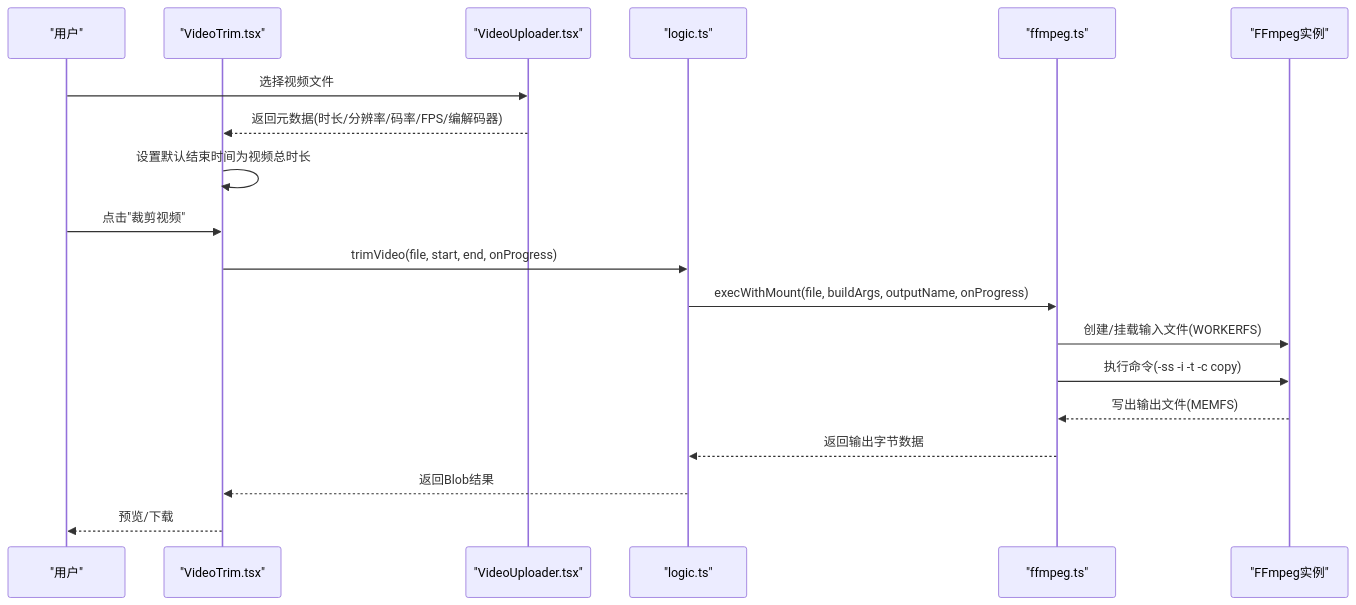
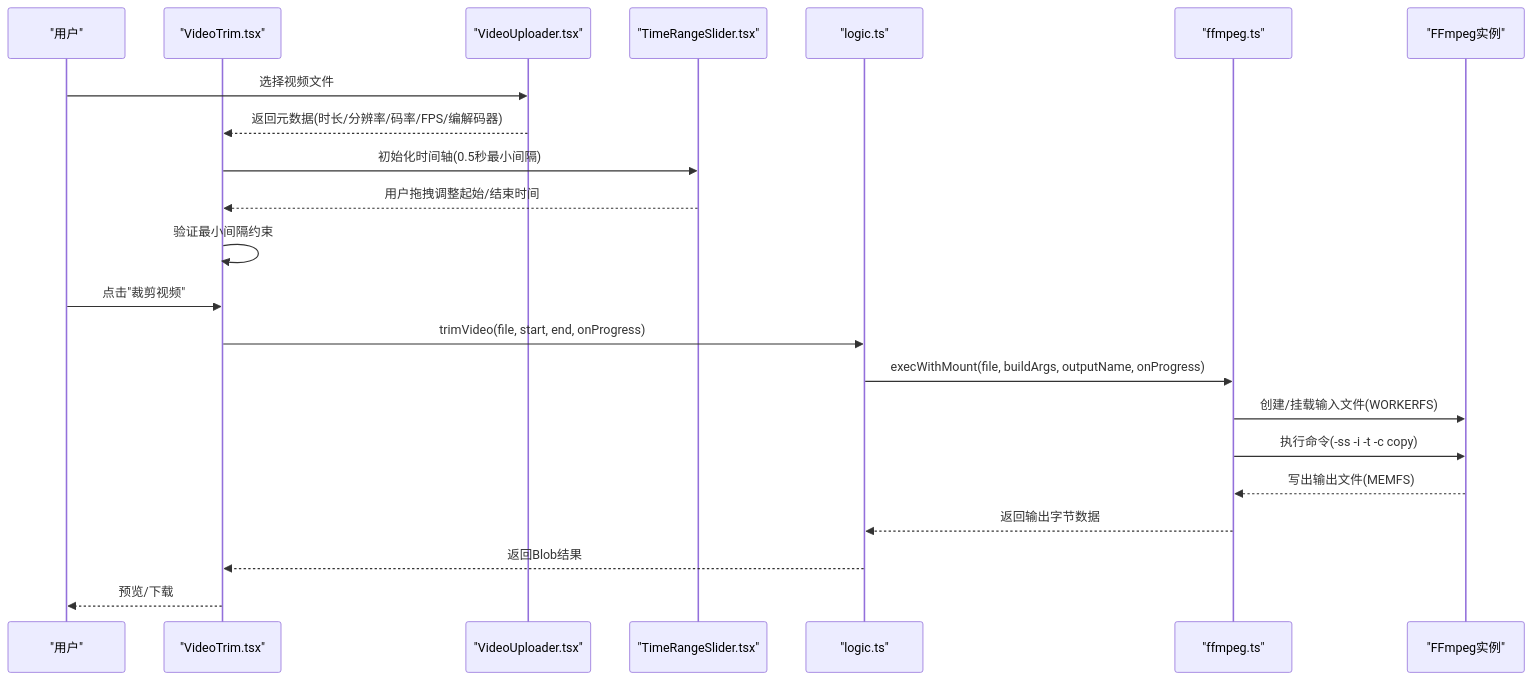
One commit to sgyy/privadeck changed the second of 6 diagrams in .qoder/repowiki/zh/content/视频工具/视频修剪工具.md. Above: the diagram before and after it, drawn with Mermaid. The commit also changed other lines of this file and 23 other files, not shown here.

````diff
--- a/.qoder/repowiki/zh/content/视频工具/视频修剪工具.md
+++ b/.qoder/repowiki/zh/content/视频工具/视频修剪工具.md
@@ -102,21 +108,24 @@
 ```mermaid
 sequenceDiagram
 participant U as "用户"
 participant UI as "VideoTrim.tsx"
 participant VU as "VideoUploader.tsx"
+participant TR as "TimeRangeSlider.tsx"
 participant L as "logic.ts"
 participant F as "ffmpeg.ts"
 participant FF as "FFmpeg实例"
 U->>VU : 选择视频文件
 VU-->>UI : 返回元数据(时长/分辨率/码率/FPS/编解码器)
-UI->>UI : 设置默认结束时间为视频总时长
+UI->>TR : 初始化时间轴(0.5秒最小间隔)
+TR-->>UI : 用户拖拽调整起始/结束时间
+UI->>UI : 验证最小间隔约束
 U->>UI : 点击"裁剪视频"
 UI->>L : trimVideo(file, start, end, onProgress)
 L->>F : execWithMount(file, buildArgs, outputName, onProgress)
 F->>FF : 创建/挂载输入文件(WORKERFS)
 F->>FF : 执行命令(-ss -i -t -c copy)
 FF-->>F : 写出输出文件(MEMFS)
 F-->>L : 返回输出字节数据
 L-->>UI : 返回Blob结果
 UI-->>U : 预览/下载
 ```
````
